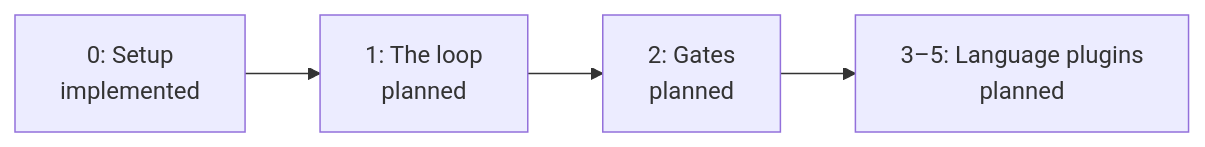
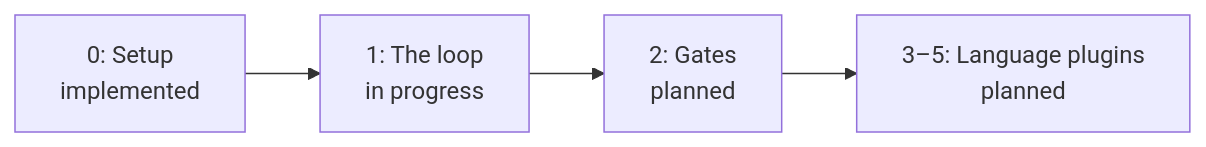
Before and after one commit to StevenJPx2/atelier: the diagram in docs/plans/README.md, drawn with Mermaid. The commit also changed other lines of this file and 31 other files, not shown here.

````diff
--- a/docs/plans/README.md
+++ b/docs/plans/README.md
@@ -6,6 +6,6 @@
 ```mermaid
 flowchart LR
-    Setup["0: Setup<br/>implemented"] --> Loop["1: The loop<br/>planned"]
+    Setup["0: Setup<br/>implemented"] --> Loop["1: The loop<br/>in progress"]
     Loop --> Gates["2: Gates<br/>planned"]
     Gates --> Languages["3–5: Language plugins<br/>planned"]
 ```
````
